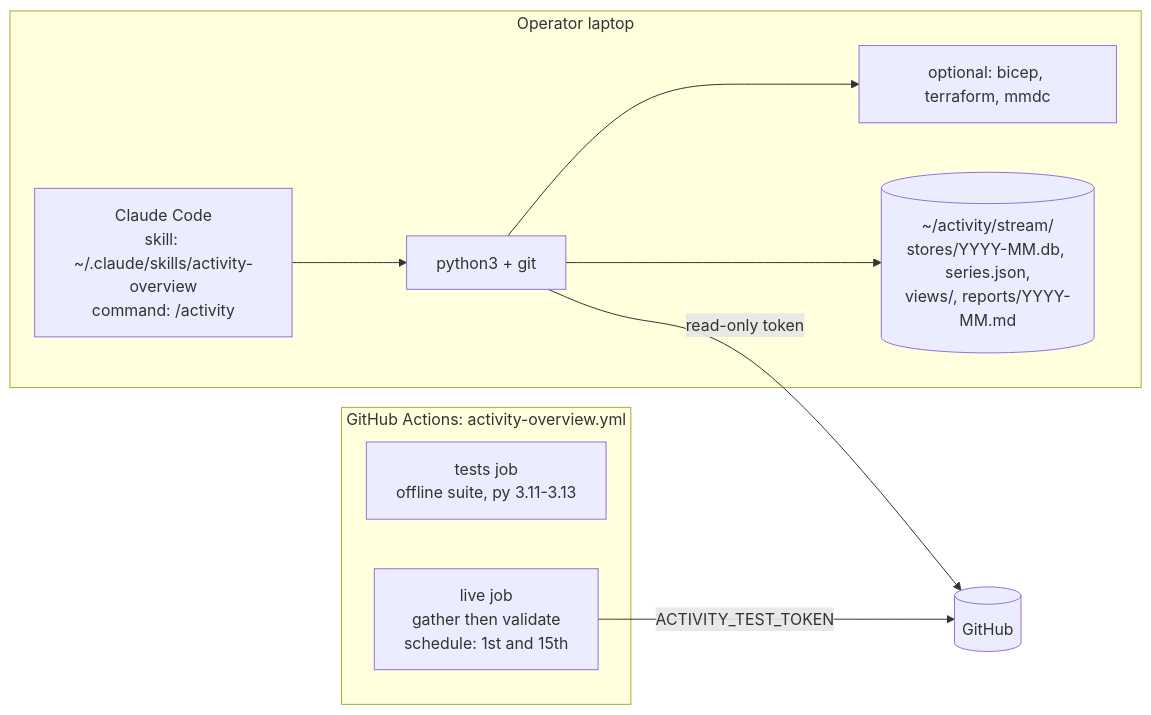
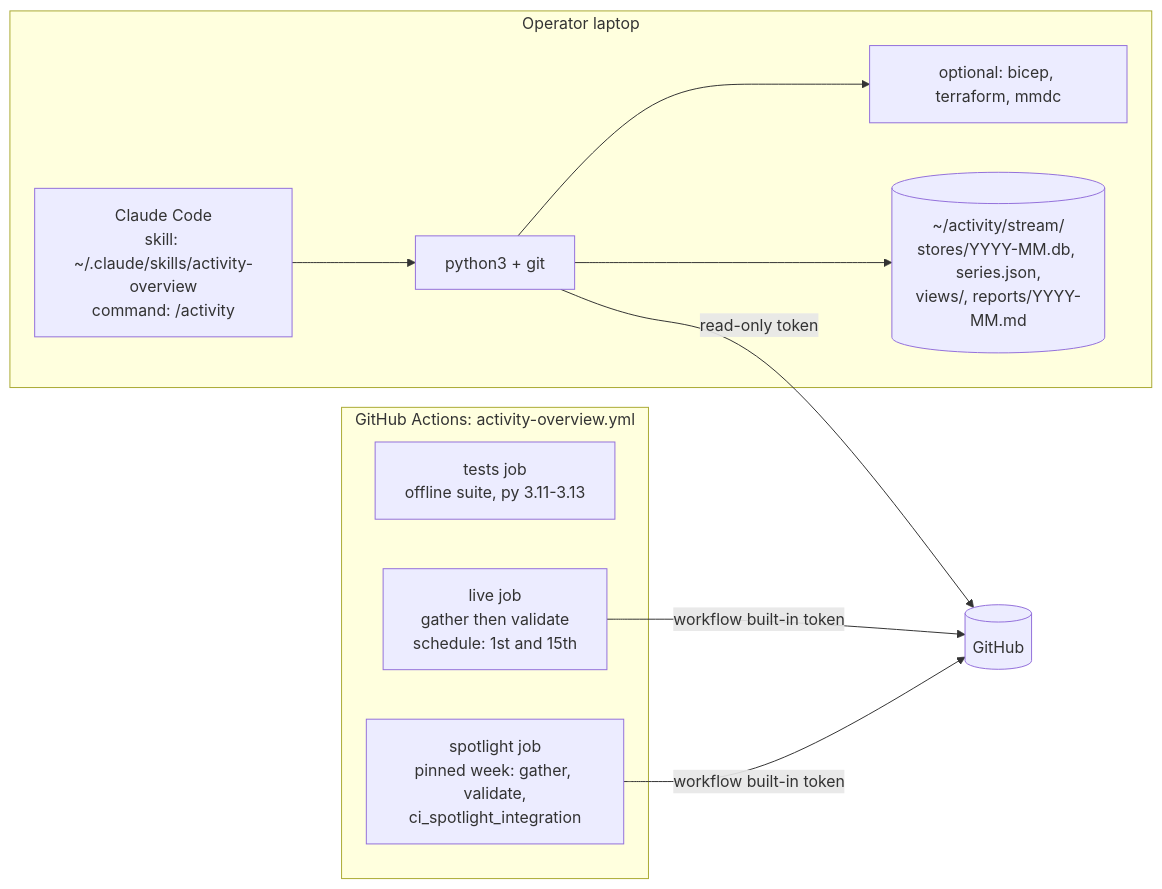
The fifth of 8 diagrams in .claude/skills/activity-overview/docs/HLD.md (DamianFlynn/experiments), drawn with Mermaid before and after one commit. The commit also changed other lines of this file and 12 other files, not shown here.

````diff
--- a/.claude/skills/activity-overview/docs/HLD.md
+++ b/.claude/skills/activity-overview/docs/HLD.md
@@ -255,18 +259,20 @@
 ```mermaid
 flowchart LR
   subgraph laptop["Operator laptop"]
     cc["Claude Code<br/>skill: ~/.claude/skills/activity-overview<br/>command: /activity"]
     py["python3 + git"]
     opt["optional: bicep, terraform, mmdc"]
     ws[("~/activity/stream/<br/>stores/YYYY-MM.db, series.json,<br/>views/, reports/YYYY-MM.md")]
     cc --> py --> ws
     py --> opt
   end
   subgraph ci["GitHub Actions: activity-overview.yml"]
     t["tests job<br/>offline suite, py 3.11-3.13"]
     lv["live job<br/>gather then validate<br/>schedule: 1st and 15th"]
+    sj["spotlight job<br/>pinned week: gather, validate,<br/>ci_spotlight_integration"]
   end
   gh[("GitHub")]
   py -->|read-only token| gh
-  lv -->|ACTIVITY_TEST_TOKEN| gh
+  lv -->|workflow built-in token| gh
+  sj -->|workflow built-in token| gh
 ```
````
